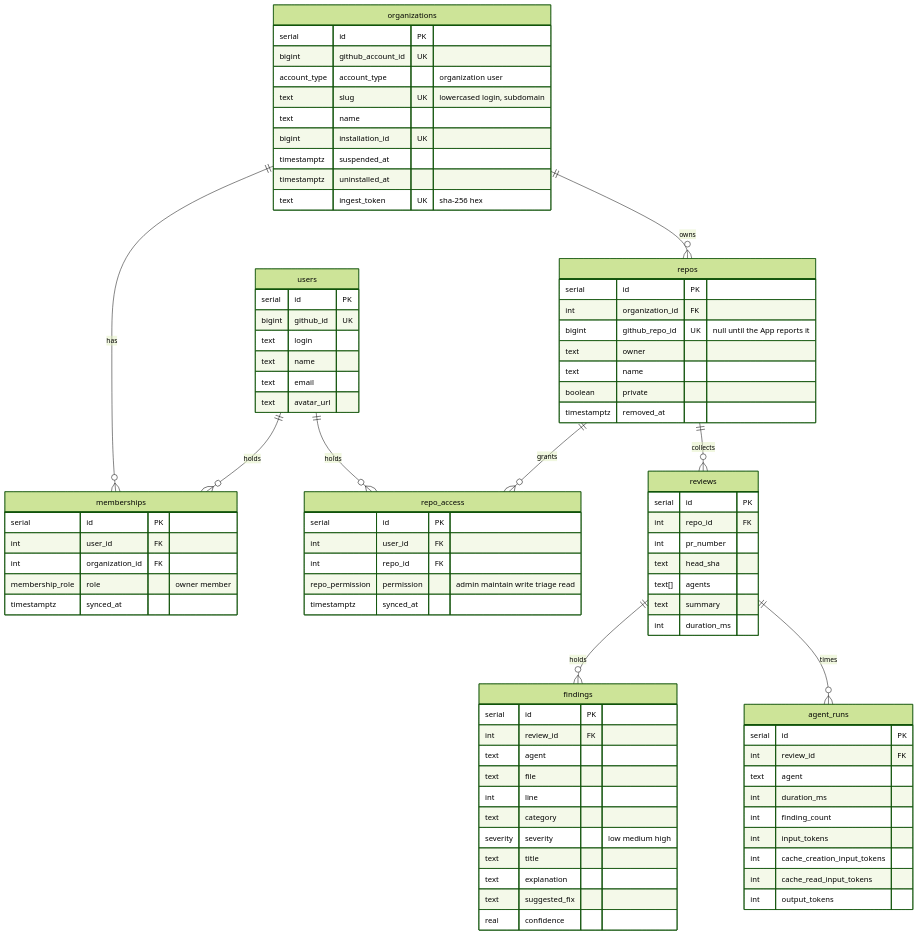
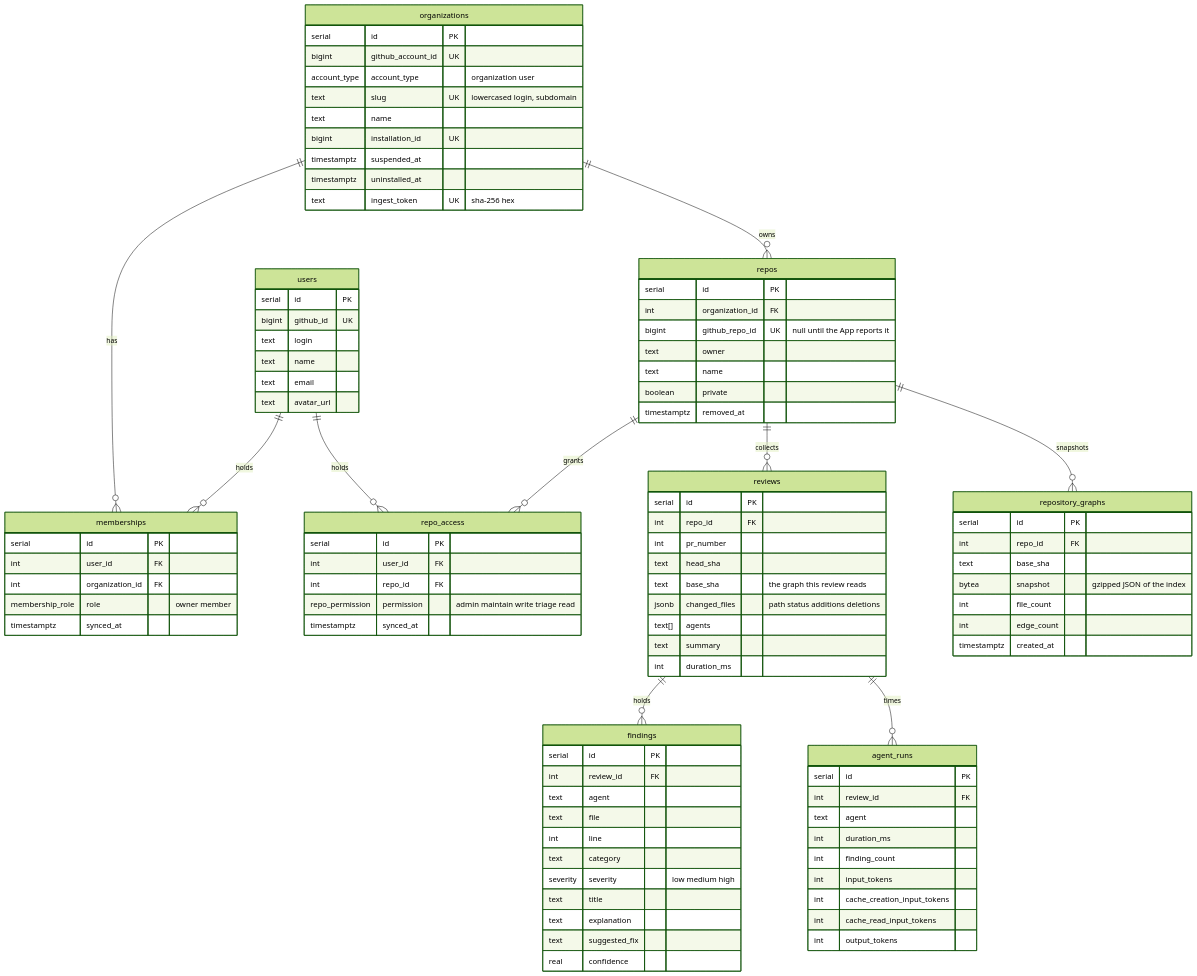
Before and after one commit to sunnyeyles/lintcat: the diagram in packages/db/README.md, drawn with Mermaid (forest theme). The commit also changed other lines of this file and 1 other file, not shown here.

Commit message:
docs: record the graph snapshot table, its retention and the ingest payload

```diff
--- a/packages/db/README.md
+++ b/packages/db/README.md
@@ -11,6 +11,7 @@
   users ||--o{ repo_access : "holds"
   repos ||--o{ repo_access : "grants"
   repos ||--o{ reviews : "collects"
+  repos ||--o{ repository_graphs : "snapshots"
   reviews ||--o{ findings : "holds"
   reviews ||--o{ agent_runs : "times"
 
@@ -61,9 +62,20 @@
     int repo_id FK
     int pr_number
     text head_sha
+    text base_sha "the graph this review reads"
+    jsonb changed_files "path status additions deletions"
     text[] agents
     text summary
     int duration_ms
+  }
+  repository_graphs {
+    serial id PK
+    int repo_id FK
+    text base_sha
+    bytea snapshot "gzipped JSON of the index"
+    int file_count
+    int edge_count
+    timestamptz created_at
   }
   agent_runs {
     serial id PK
```
